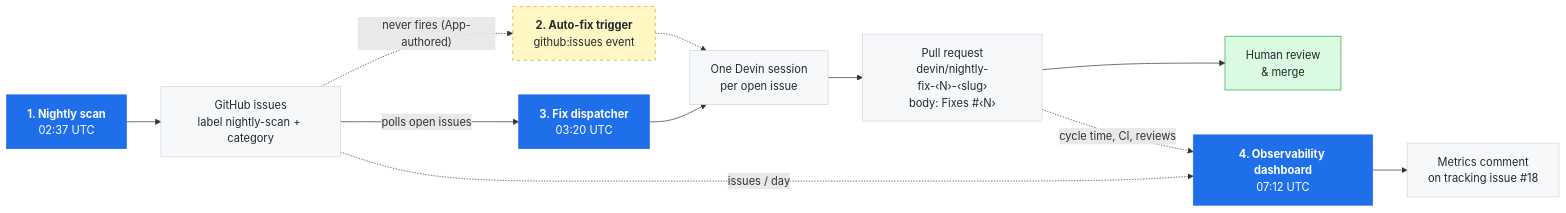
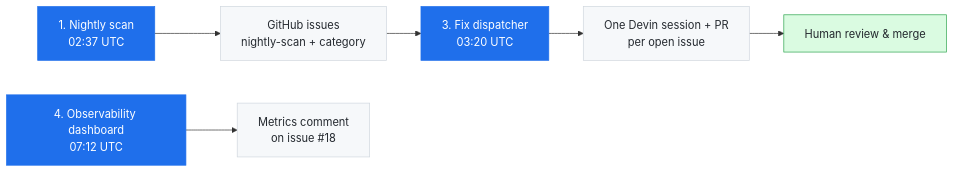
One commit to moliyadhaval/superset changed the diagram in automation/README.md. Above: the diagram before and after it, drawn with Mermaid.

Commit message:
docs(automation): simplify the pipeline diagram

````diff
--- a/automation/README.md
+++ b/automation/README.md
@@ -30,26 +30,17 @@
 ```mermaid
 flowchart LR
-    classDef sched fill:#1f6feb,stroke:#1f6feb,color:#fff
-    classDef artefact fill:#f6f8fa,stroke:#d0d7de,color:#24292f
-    classDef dead fill:#fff8c5,stroke:#d4a72c,color:#24292f,stroke-dasharray:5 5
+    classDef job fill:#1f6feb,stroke:#1f6feb,color:#fff
+    classDef out fill:#f6f8fa,stroke:#d0d7de,color:#24292f
     classDef human fill:#dafbe1,stroke:#2da44e,color:#24292f
 
-    scan["<b>1. Nightly scan</b><br/>02:37 UTC"]:::sched
-    issues["GitHub issues<br/>label nightly-scan + category"]:::artefact
-    autofix["<b>2. Auto-fix trigger</b><br/>github:issues event"]:::dead
-    dispatch["<b>3. Fix dispatcher</b><br/>03:20 UTC"]:::sched
-    sessions["One Devin session<br/>per open issue"]:::artefact
-    pr["Pull request<br/>devin/nightly-fix-‹N›-‹slug›<br/>body: Fixes #‹N›"]:::artefact
-    review["Human review<br/>& merge"]:::human
-    dash["<b>4. Observability dashboard</b><br/>07:12 UTC"]:::sched
-    comment["Metrics comment<br/>on tracking issue #18"]:::artefact
+    scan["1. Nightly scan<br/>02:37 UTC"]:::job
+    issues["GitHub issues<br/>nightly-scan + category"]:::out
+    dispatch["3. Fix dispatcher<br/>03:20 UTC"]:::job
+    pr["One Devin session + PR<br/>per open issue"]:::out
+    review["Human review & merge"]:::human
+    dash["4. Observability dashboard<br/>07:12 UTC"]:::job
+    comment["Metrics comment<br/>on issue #18"]:::out
 
-    scan --> issues
-    issues -.->|"never fires (App-authored)"| autofix
-    autofix -.-> sessions
-    issues -->|"polls open issues"| dispatch
-    dispatch --> sessions --> pr --> review
+    scan --> issues --> dispatch --> pr --> review
     dash --> comment
-    pr -.->|"cycle time, CI, reviews"| dash
-    issues -.->|"issues / day"| dash
 ```
````
